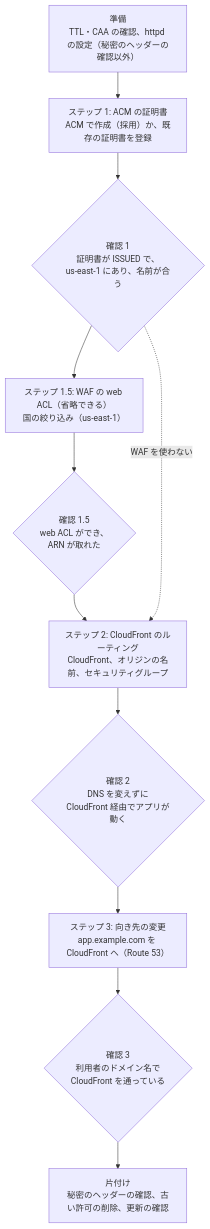
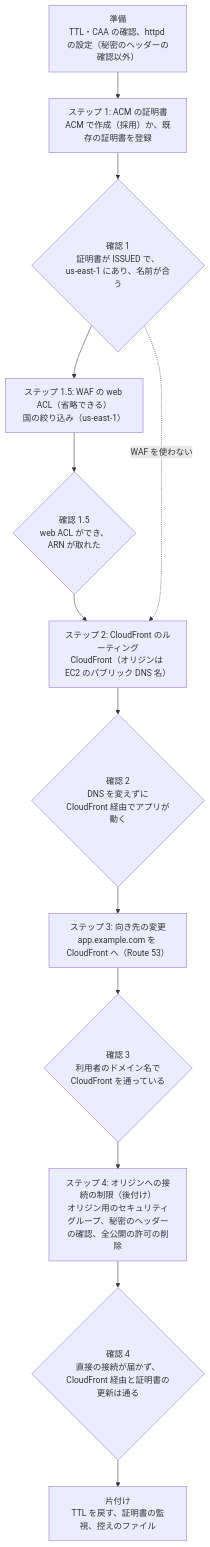
Before and after one commit to rxsxkxd/pk: the second of 2 diagrams in docs/ec2-tls-termination-migration/README.md, drawn with Mermaid. The commit also changed other lines of this file and 23 other files, not shown here.

````diff
--- a/docs/ec2-tls-termination-migration/README.md
+++ b/docs/ec2-tls-termination-migration/README.md
@@ -39,16 +39,18 @@
 ```mermaid
 %%{init: {"themeVariables": {"fontSize": "16px"}}}%%
 flowchart TD
   P["準備<br/>TTL・CAA の確認、httpd の設定（秘密のヘッダーの確認以外）"]
   S1["ステップ 1: ACM の証明書<br/>ACM で作成（採用）か、既存の証明書を登録"]
   C1{"確認 1<br/>証明書が ISSUED で、<br/>us-east-1 にあり、名前が合う"}
   S15["ステップ 1.5: WAF の web ACL（省略できる）<br/>国の絞り込み（us-east-1）"]
   C15{"確認 1.5<br/>web ACL ができ、<br/>ARN が取れた"}
-  S2["ステップ 2: CloudFront のルーティング<br/>CloudFront、オリジンの名前、セキュリティグループ"]
+  S2["ステップ 2: CloudFront のルーティング<br/>CloudFront（オリジンは EC2 のパブリック DNS 名）"]
   C2{"確認 2<br/>DNS を変えずに<br/>CloudFront 経由でアプリが動く"}
   S3["ステップ 3: 向き先の変更<br/>app.example.com を CloudFront へ（Route 53）"]
   C3{"確認 3<br/>利用者のドメイン名で<br/>CloudFront を通っている"}
-  F["片付け<br/>秘密のヘッダーの確認、古い許可の削除、更新の確認"]
-  P --> S1 --> C1 --> S15 --> C15 --> S2 --> C2 --> S3 --> C3 --> F
+  S4["ステップ 4: オリジンへの接続の制限（後付け）<br/>オリジン用のセキュリティグループ、秘密のヘッダーの確認、全公開の許可の削除"]
+  C4{"確認 4<br/>直接の接続が届かず、<br/>CloudFront 経由と証明書の更新は通る"}
+  F["片付け<br/>TTL を戻す、証明書の監視、控えのファイル"]
+  P --> S1 --> C1 --> S15 --> C15 --> S2 --> C2 --> S3 --> C3 --> S4 --> C4 --> F
   C1 -. "WAF を使わない" .-> S2
 ```
````
